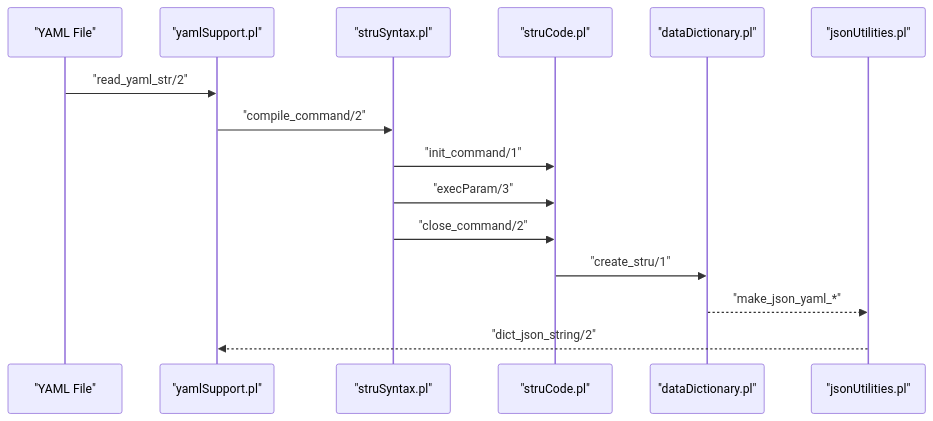
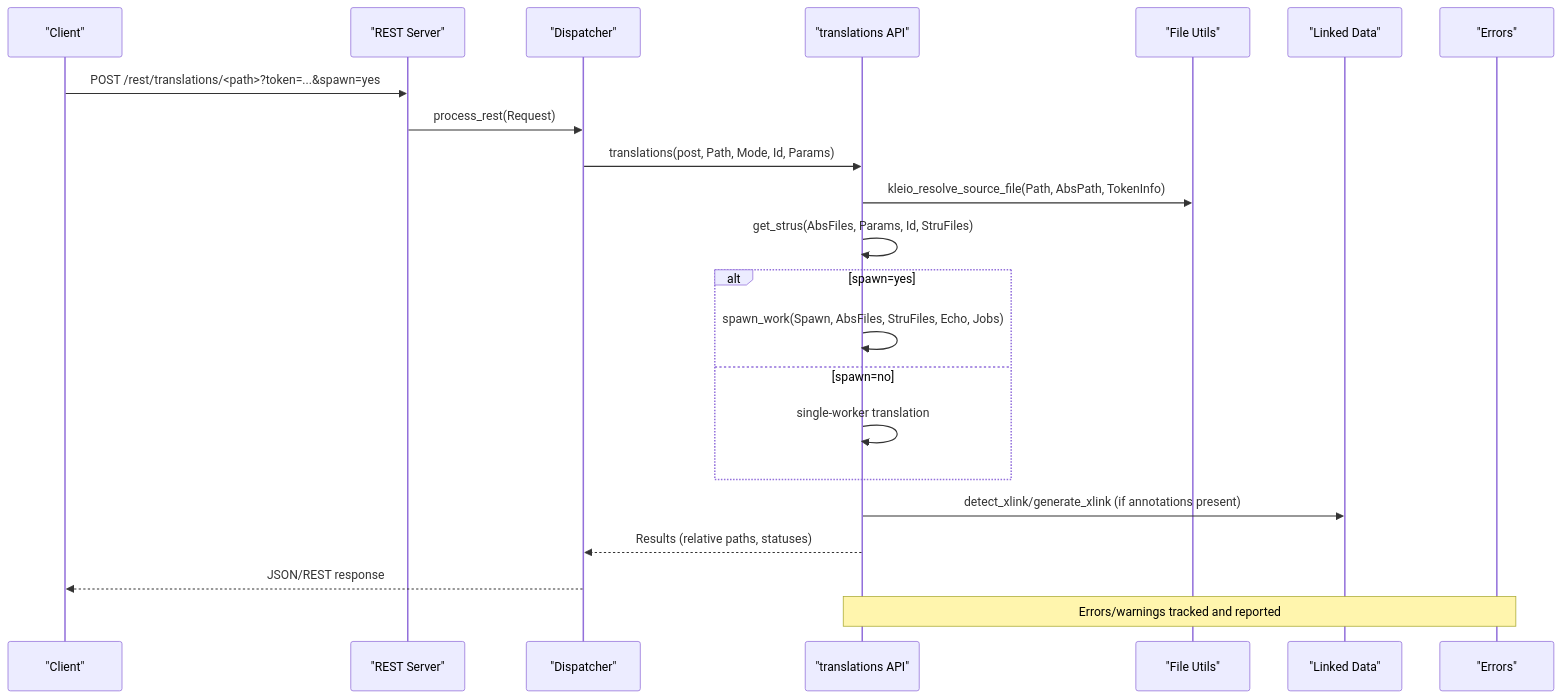
One commit to time-link/timelink-kleio changed the second of 3 diagrams in .qoder/repowiki/en/content/Reference Materials.md. Above: the diagram before and after it, drawn with Mermaid. The commit also changed other lines of this file and 225 other files, not shown here.

````diff
--- a/.qoder/repowiki/en/content/Reference Materials.md
+++ b/.qoder/repowiki/en/content/Reference Materials.md
@@ -158,17 +106,24 @@
 ```mermaid
 sequenceDiagram
-participant YAML as "YAML File"
-participant YAM as "yamlSupport.pl"
-participant SYNTAX as "struSyntax.pl"
-participant CODE as "struCode.pl"
-participant DD as "dataDictionary.pl"
-participant JU as "jsonUtilities.pl"
-YAML->>YAM : "read_yaml_str/2"
-YAM->>SYNTAX : "compile_command/2"
-SYNTAX->>CODE : "init_command/1"
-SYNTAX->>CODE : "execParam/3"
-SYNTAX->>CODE : "close_command/2"
-CODE->>DD : "create_stru/1"
-DD-->>JU : "make_json_yaml_*"
-JU-->>YAM : "dict_json_string/2"
+participant C as "Client"
+participant R as "REST Server"
+participant D as "Dispatcher"
+participant T as "translations API"
+participant F as "File Utils"
+participant L as "Linked Data"
+participant E as "Errors"
+C->>R : POST /rest/translations/<path>?token=...&spawn=yes
+R->>D : process_rest(Request)
+D->>T : translations(post, Path, Mode, Id, Params)
+T->>F : kleio_resolve_source_file(Path, AbsPath, TokenInfo)
+T->>T : get_strus(AbsFiles, Params, Id, StruFiles)
+alt spawn=yes
+T->>T : spawn_work(Spawn, AbsFiles, StruFiles, Echo, Jobs)
+else spawn=no
+T->>T : single-worker translation
+end
+T->>L : detect_xlink/generate_xlink (if annotations present)
+T-->>D : Results (relative paths, statuses)
+D-->>C : JSON/REST response
+Note over T,E : Errors/warnings tracked and reported
 ```
````
